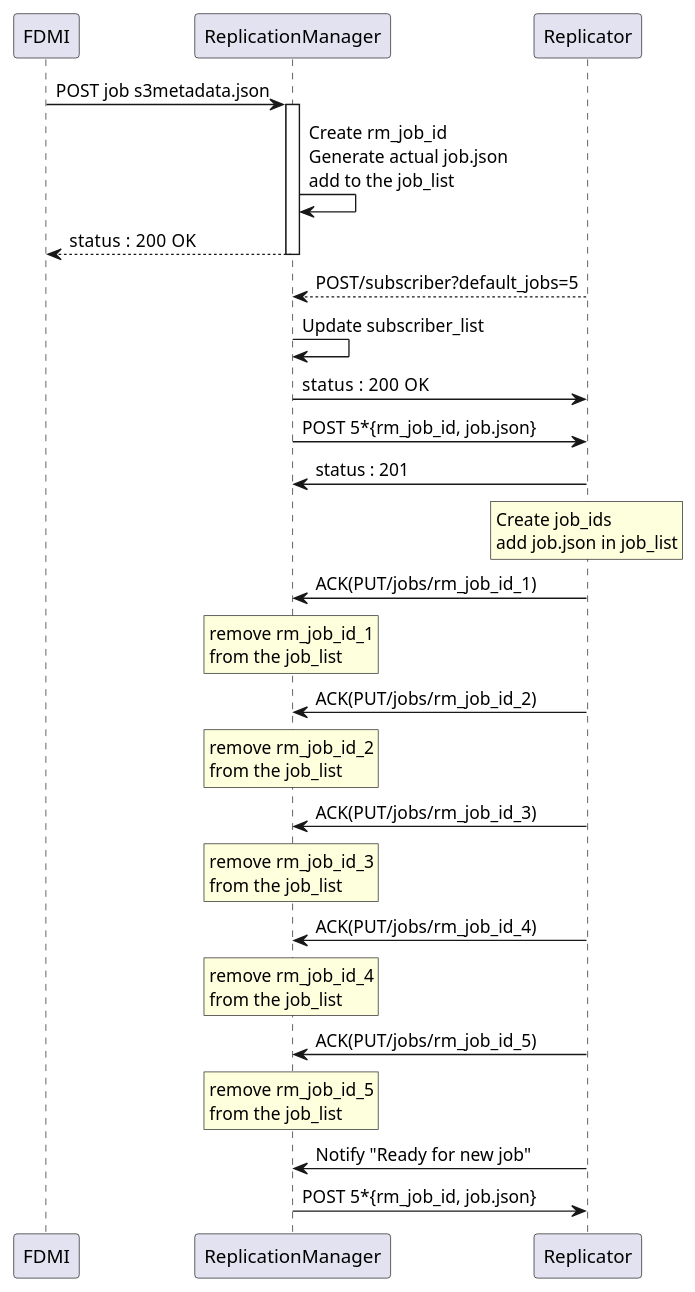
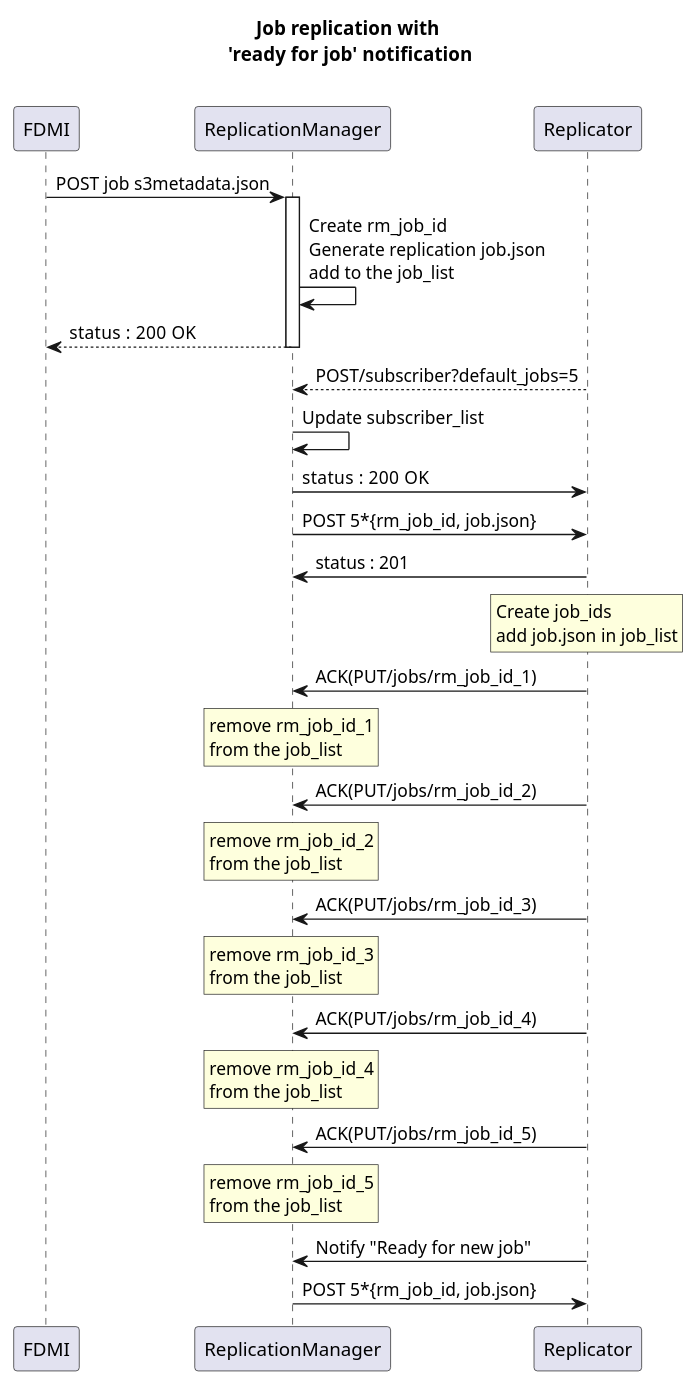
Before and after one commit to Seagate/cortx-multisite: the diagram in s3/replication/doc/replication_with_getjob_notification.plantuml, drawn with PlantUML. The commit also changed 1 other file, not shown here.

Commit message:
Add titles to plantuml diagrams and Improved readability

```diff
--- a/s3/replication/doc/replication_with_getjob_notification.plantuml
+++ b/s3/replication/doc/replication_with_getjob_notification.plantuml
@@ -1,24 +1,38 @@
 @startuml
+
+title Job replication with\n 'ready for job' notification\n
+
 FDMI -> ReplicationManager: POST job s3metadata.json
 activate ReplicationManager
-ReplicationManager -> ReplicationManager : Create rm_job_id\nGenerate actual job.json\nadd to the job_list
+ReplicationManager -> ReplicationManager : Create rm_job_id\nGenerate replication job.json\nadd to the job_list
 return status :  200 OK
+
 ReplicationManager <-- Replicator: POST/subscriber?default_jobs=5
 ReplicationManager -> ReplicationManager : Update subscriber_list
 ReplicationManager -> Replicator: status :  200 OK
+
 ReplicationManager -> Replicator: POST 5*{rm_job_id, job.json}
 Replicator -> ReplicationManager: status : 201
+
 rnote over Replicator: Create job_ids\nadd job.json in job_list
+
 Replicator -> ReplicationManager: ACK(PUT/jobs/rm_job_id_1)
 rnote over ReplicationManager: remove rm_job_id_1\nfrom the job_list
+
 Replicator -> ReplicationManager: ACK(PUT/jobs/rm_job_id_2)
 rnote over ReplicationManager: remove rm_job_id_2\nfrom the job_list
+
 Replicator -> ReplicationManager: ACK(PUT/jobs/rm_job_id_3)
 rnote over ReplicationManager: remove rm_job_id_3\nfrom the job_list
+
 Replicator -> ReplicationManager: ACK(PUT/jobs/rm_job_id_4)
 rnote over ReplicationManager: remove rm_job_id_4\nfrom the job_list
+
 Replicator -> ReplicationManager: ACK(PUT/jobs/rm_job_id_5)
 rnote over ReplicationManager: remove rm_job_id_5\nfrom the job_list
+
 Replicator -> ReplicationManager: Notify "Ready for new job"
+
 ReplicationManager -> Replicator: POST 5*{rm_job_id, job.json}
+
 @enduml
```
